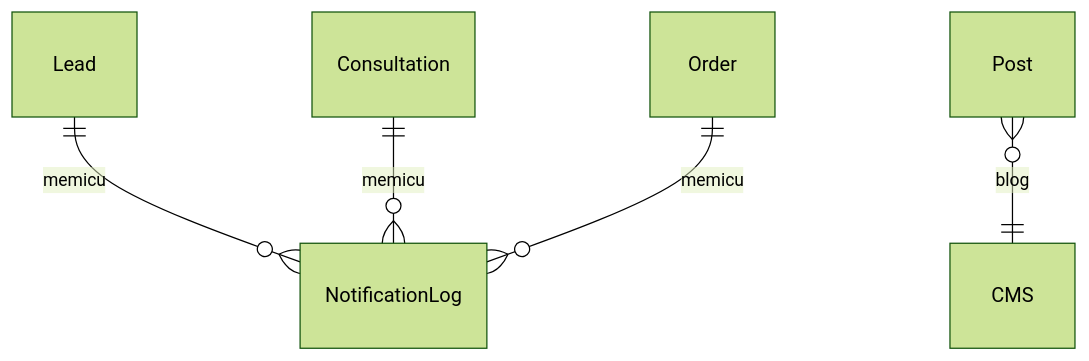
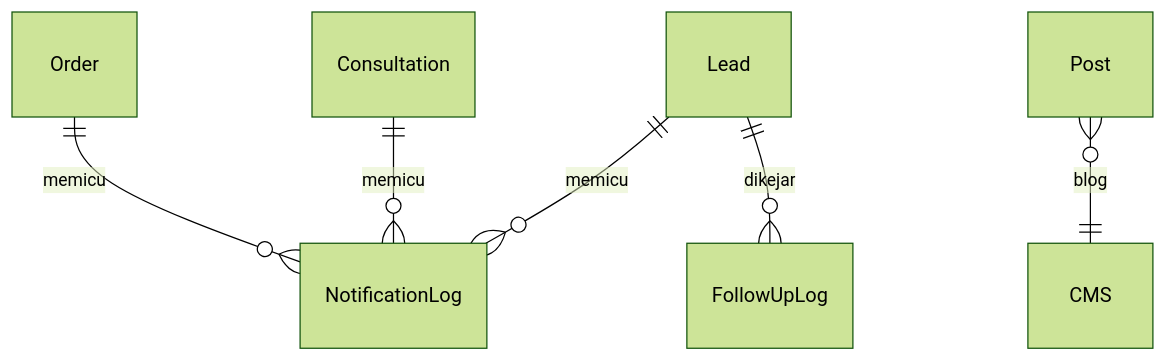
The second of 5 diagrams in README.md (gunaracorp/pusatperizinan), drawn with Mermaid (forest theme) before and after one commit. The commit also changed other lines of this file and 15 other files, not shown here.

````diff
--- a/README.md
+++ b/README.md
@@ -427,7 +427,8 @@
 ```mermaid
 erDiagram
     Lead ||--o{ NotificationLog : "memicu"
+    Lead ||--o{ FollowUpLog : "dikejar"
     Consultation ||--o{ NotificationLog : "memicu"
     Order ||--o{ NotificationLog : "memicu"
     Post }o--|| "CMS" : "blog"
 ```
````
